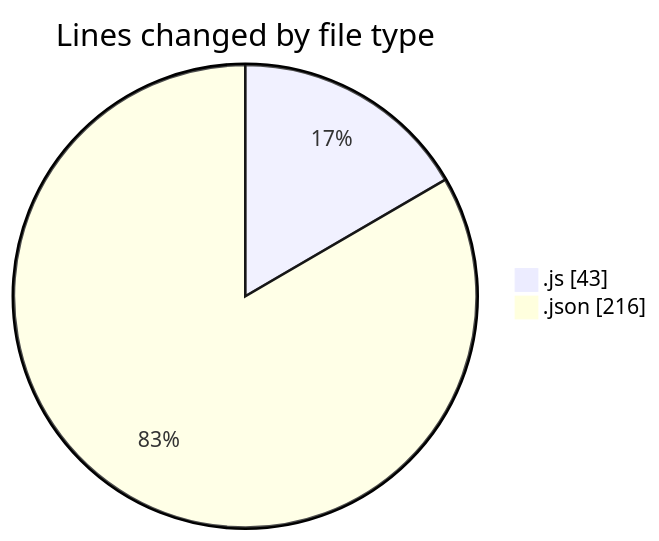
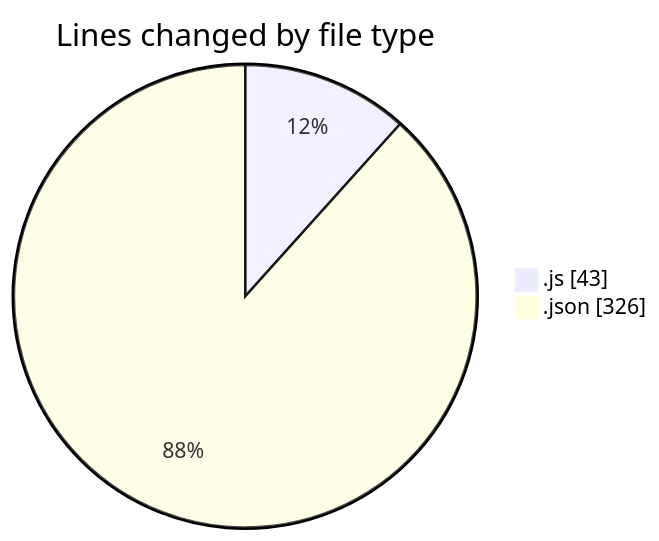
One commit to yexinjia/code-tracking changed the first of 2 diagrams in 2026-08-02/zhenhe-internet-hospital-patient-terminal/README.md. Above: the diagram before and after it, drawn with Mermaid. The commit also changed other lines of this file and 1 other file, not shown here.

````diff
--- a/2026-08-02/zhenhe-internet-hospital-patient-terminal/README.md
+++ b/2026-08-02/zhenhe-internet-hospital-patient-terminal/README.md
@@ -21,6 +21,6 @@
 ```mermaid
 pie showData
 title Lines changed by file type
 ".js" : 43
-".json" : 216
+".json" : 326
 ```
````
